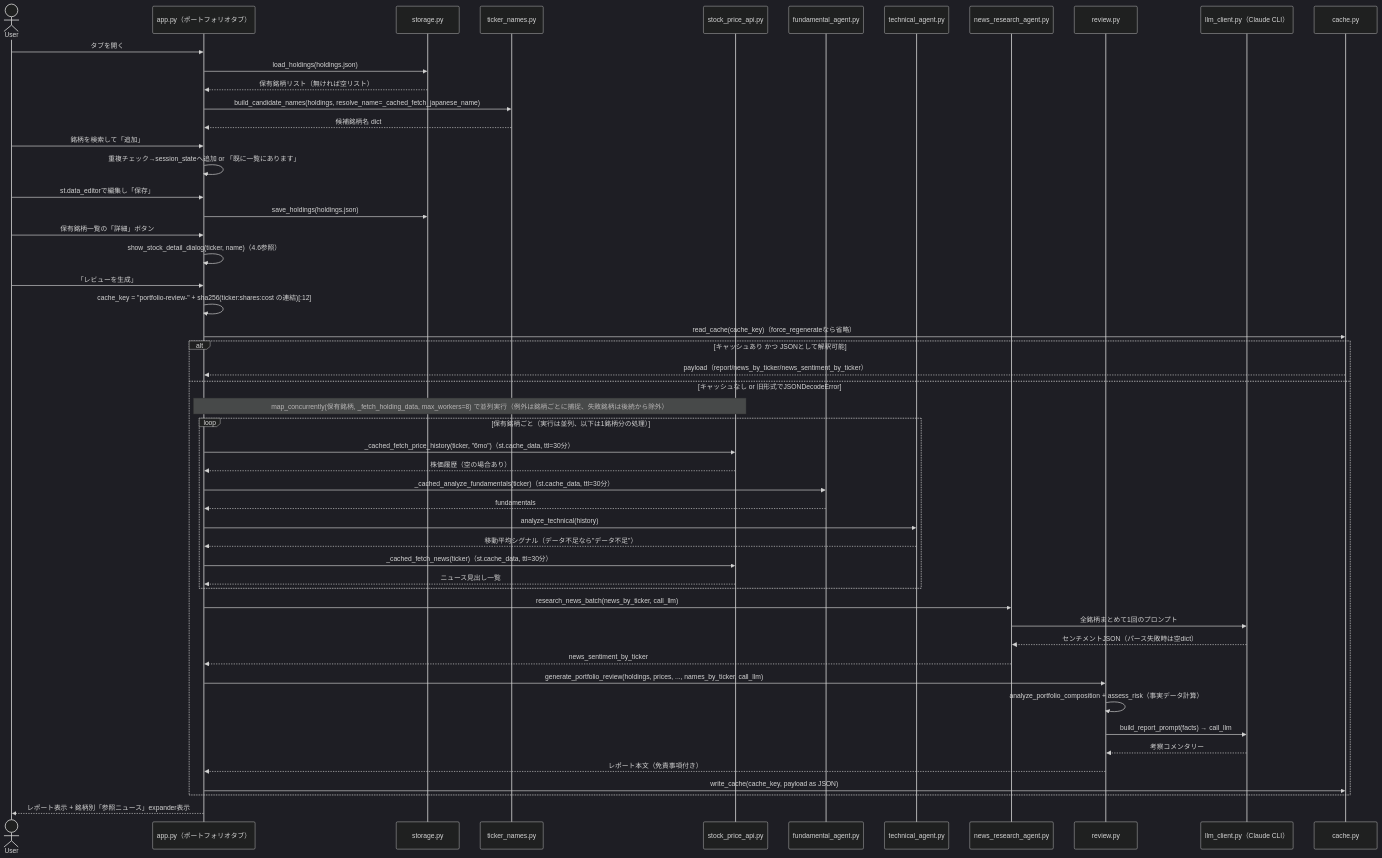
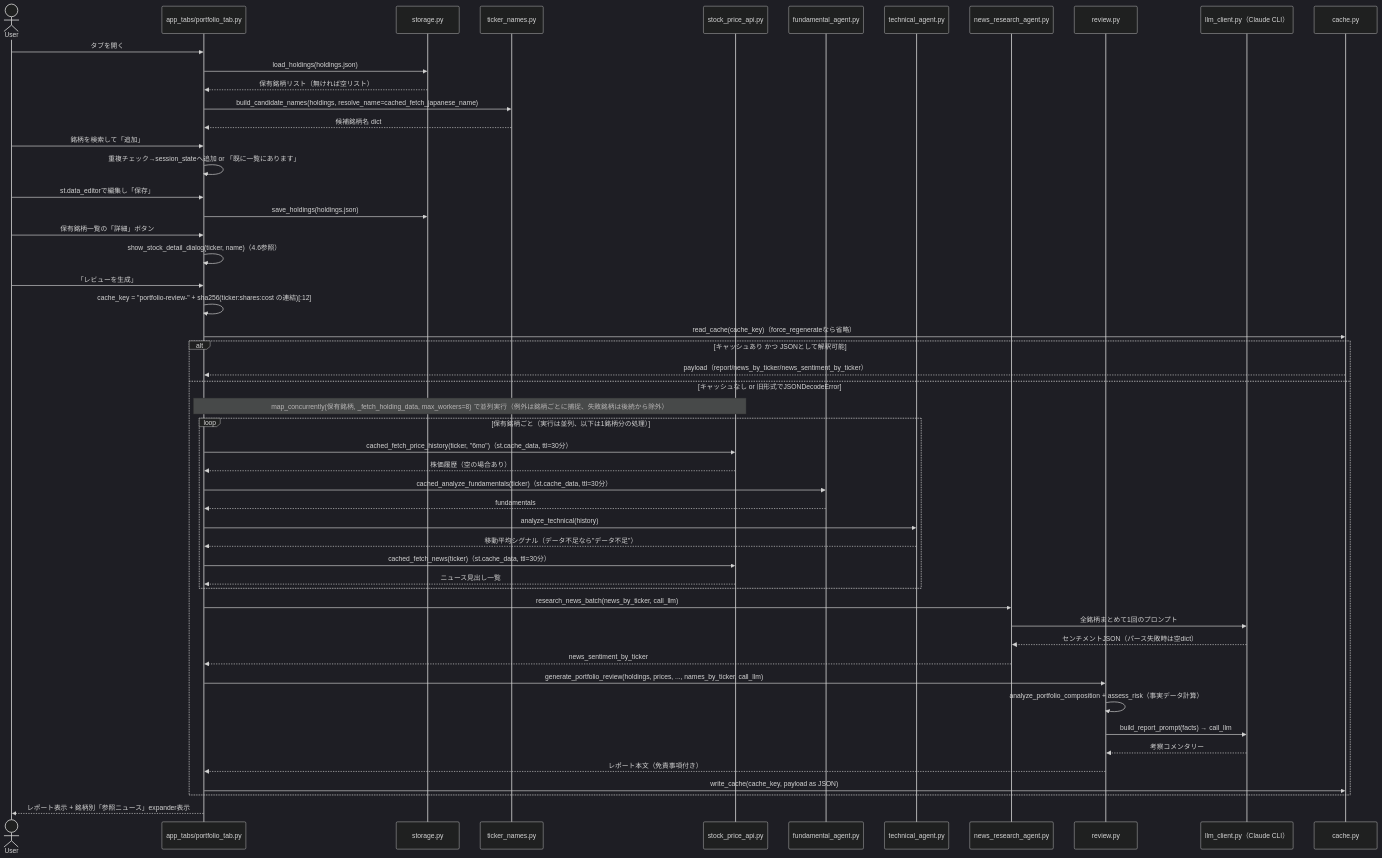
One commit to duwenji/ai-stock-investing-tutorial changed the second of 8 diagrams in app/docs/app-design.md. Above: the diagram before and after it, drawn with Mermaid (dark theme). The commit also changed other lines of this file and 14 other files, not shown here.

First line of the commit message:
Split app.py's per-tab logic into app_tabs modules

````diff
--- a/app/docs/app-design.md
+++ b/app/docs/app-design.md
@@ -193,59 +281,59 @@
 ```mermaid
 sequenceDiagram
     actor User
-    participant UI as app.py（ポートフォリオタブ）
+    participant UI as app_tabs/portfolio_tab.py
     participant Storage as storage.py
     participant Names as ticker_names.py
     participant PriceAPI as stock_price_api.py
     participant Fund as fundamental_agent.py
     participant Tech as technical_agent.py
     participant News as news_research_agent.py
     participant Review as review.py
     participant LLM as llm_client.py（Claude CLI）
     participant Cache as cache.py
 
     User->>UI: タブを開く
     UI->>Storage: load_holdings(holdings.json)
     Storage-->>UI: 保有銘柄リスト（無ければ空リスト）
-    UI->>Names: build_candidate_names(holdings, resolve_name=_cached_fetch_japanese_name)
+    UI->>Names: build_candidate_names(holdings, resolve_name=cached_fetch_japanese_name)
     Names-->>UI: 候補銘柄名 dict
 
     User->>UI: 銘柄を検索して「追加」
     UI->>UI: 重複チェック→session_stateへ追加 or 「既に一覧にあります」
 
     User->>UI: st.data_editorで編集し「保存」
     UI->>Storage: save_holdings(holdings.json)
 
     User->>UI: 保有銘柄一覧の「詳細」ボタン
     UI->>UI: show_stock_detail_dialog(ticker, name)（4.6参照）
 
     User->>UI: 「レビューを生成」
     UI->>UI: cache_key = "portfolio-review-" + sha256(ticker:shares:cost の連結)[:12]
     UI->>Cache: read_cache(cache_key)（force_regenerateなら省略）
     alt キャッシュあり かつ JSONとして解釈可能
         Cache-->>UI: payload（report/news_by_ticker/news_sentiment_by_ticker）
     else キャッシュなし or 旧形式でJSONDecodeError
         Note over UI,PriceAPI: map_concurrently(保有銘柄, _fetch_holding_data, max_workers=8) で並列実行（例外は銘柄ごとに捕捉、失敗銘柄は後続から除外）
         loop 保有銘柄ごと（実行は並列、以下は1銘柄分の処理）
-            UI->>PriceAPI: _cached_fetch_price_history(ticker, "6mo")（st.cache_data, ttl=30分）
+            UI->>PriceAPI: cached_fetch_price_history(ticker, "6mo")（st.cache_data, ttl=30分）
             PriceAPI-->>UI: 株価履歴（空の場合あり）
-            UI->>Fund: _cached_analyze_fundamentals(ticker)（st.cache_data, ttl=30分）
+            UI->>Fund: cached_analyze_fundamentals(ticker)（st.cache_data, ttl=30分）
             Fund-->>UI: fundamentals
             UI->>Tech: analyze_technical(history)
             Tech-->>UI: 移動平均シグナル（データ不足なら"データ不足"）
-            UI->>PriceAPI: _cached_fetch_news(ticker)（st.cache_data, ttl=30分）
+            UI->>PriceAPI: cached_fetch_news(ticker)（st.cache_data, ttl=30分）
             PriceAPI-->>UI: ニュース見出し一覧
         end
         UI->>News: research_news_batch(news_by_ticker, call_llm)
         News->>LLM: 全銘柄まとめて1回のプロンプト
         LLM-->>News: センチメントJSON（パース失敗時は空dict）
         News-->>UI: news_sentiment_by_ticker
         UI->>Review: generate_portfolio_review(holdings, prices, ..., names_by_ticker, call_llm)
         Review->>Review: analyze_portfolio_composition + assess_risk（事実データ計算）
         Review->>LLM: build_report_prompt(facts) → call_llm
         LLM-->>Review: 考察コメンタリー
         Review-->>UI: レポート本文（免責事項付き）
         UI->>Cache: write_cache(cache_key, payload as JSON)
     end
     UI-->>User: レポート表示 + 銘柄別「参照ニュース」expander表示
 ```
````
